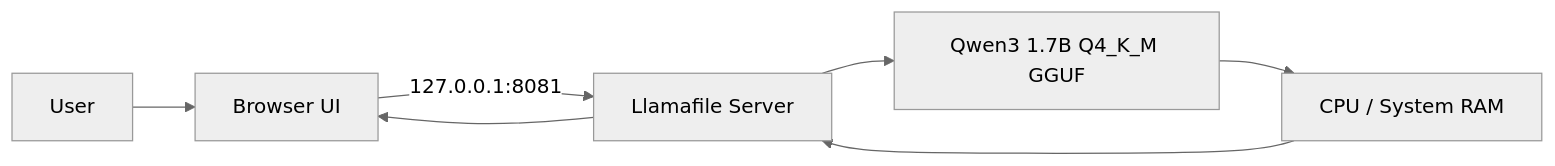
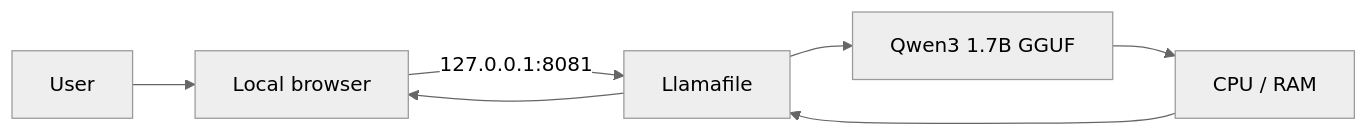
One commit to Rishikeshsanin/Rishi-AI-BOT1 changed the second of 2 diagrams in README.md. Above: the diagram before and after it, drawn with Mermaid (neutral theme). The commit also changed other lines of this file, not shown here.

````diff
--- a/README.md
+++ b/README.md
@@ -85,9 +142,9 @@
 ```mermaid
 flowchart LR
-    U[User] --> B[Browser UI]
-    B -->|127.0.0.1:8081| L[Llamafile Server]
-    L --> Q[Qwen3 1.7B Q4_K_M GGUF]
-    Q --> C[CPU / System RAM]
+    U[User] --> B[Local browser]
+    B -->|127.0.0.1:8081| L[Llamafile]
+    L --> Q[Qwen3 1.7B GGUF]
+    Q --> C[CPU / RAM]
     C --> L
     L --> B
 ```
````
